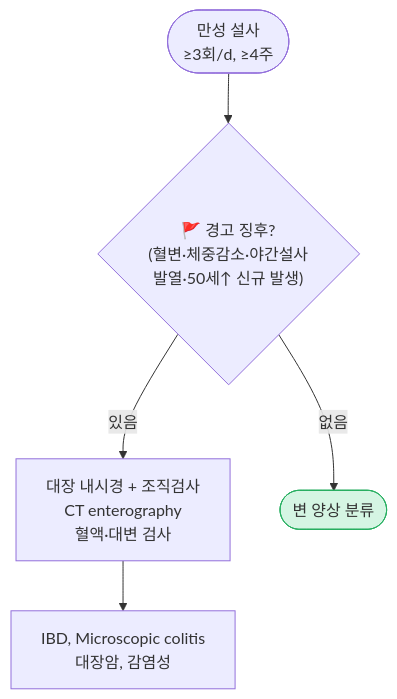
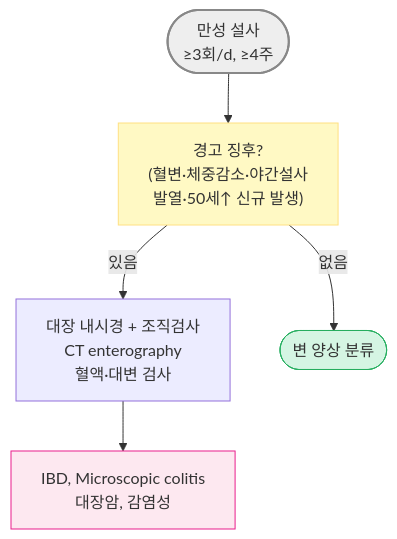
Before and after one commit to familyoh77/familyoh77: the first of 2 diagrams in 224_/084_-chronic-diarrhea.md, drawn with Mermaid. The commit also changed other lines of this file, not shown here.

````diff
--- a/224_/084_-chronic-diarrhea.md
+++ b/224_/084_-chronic-diarrhea.md
@@ -181,12 +181,14 @@
 ```mermaid
 graph TD
     Start(["만성 설사<br/>≥3회/d, ≥4주"])
-    Start --> RF{"🚩 경고 징후?<br/>(혈변·체중감소·야간설사<br/>발열·50세↑ 신규 발생)"}
-
+    Start --> RF["경고 징후?<br/>(혈변·체중감소·야간설사<br/>발열·50세↑ 신규 발생)"]
     RF -- "있음" --> Scope["대장 내시경 + 조직검사<br/>CT enterography<br/>혈액·대변 검사"]
     RF -- "없음" --> Phenotype(["변 양상 분류"])
     Scope --> OrgDx["IBD, Microscopic colitis<br/>대장암, 감염성"]
-    
-        style Phenotype fill:#d5f5e3,stroke:#27ae60
+
+style Start fill:#eeeeee,stroke:#888888,stroke-width:2px
+style RF fill:#fff9c4,stroke:#ffe082
+style OrgDx fill:#fde8f0,stroke:#e91e8c
+style Phenotype fill:#d5f5e3,stroke:#27ae60
 
 ```
````
